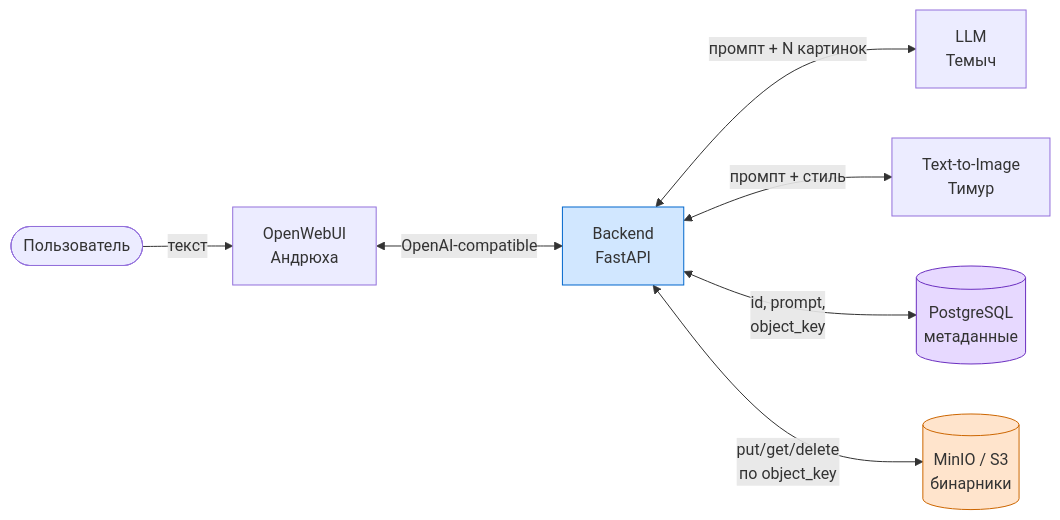
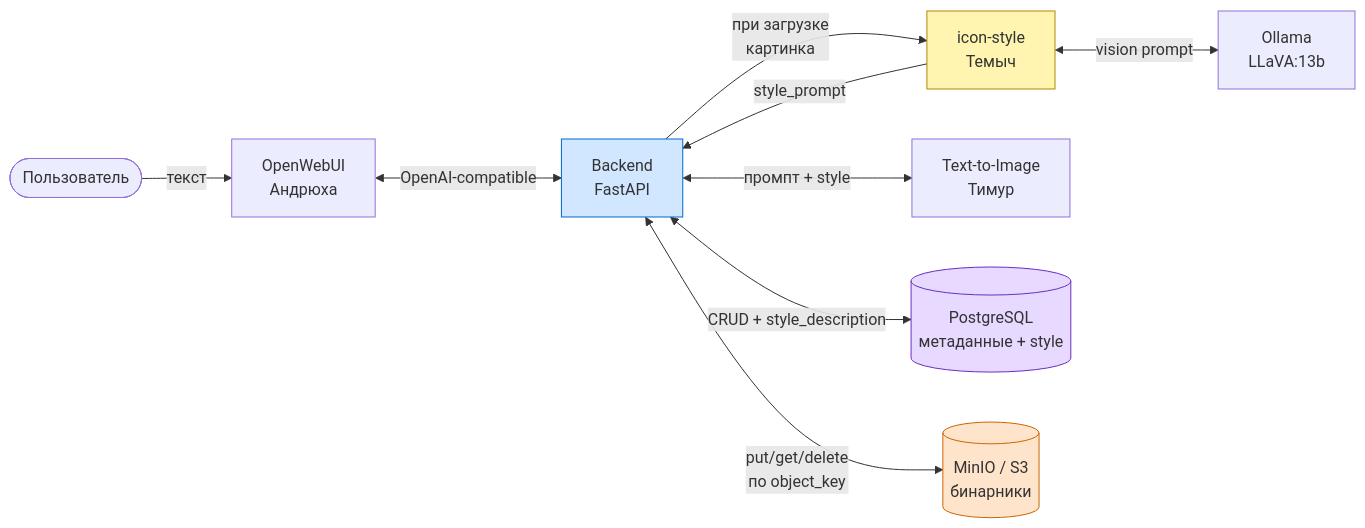
The first of 4 diagrams in README.md (esgon191/icon-gen), drawn with Mermaid before and after one commit. The commit also changed other lines of this file and 17 other files, not shown here.

````diff
--- a/README.md
+++ b/README.md
@@ -37,21 +65,25 @@
 ```mermaid
 flowchart LR
     User([Пользователь])
     OWU[OpenWebUI<br/>Андрюха]
     BE[Backend<br/>FastAPI]
-    LLM[LLM<br/>Темыч]
+    IS[icon-style<br/>Темыч]
+    OL[Ollama<br/>LLaVA:13b]
     T2I[Text-to-Image<br/>Тимур]
-    PG[(PostgreSQL<br/>метаданные)]
+    PG[(PostgreSQL<br/>метаданные + style)]
     S3[(MinIO / S3<br/>бинарники)]
 
     User -->|текст| OWU
     OWU <-->|OpenAI-compatible| BE
-    BE <-->|промпт + N картинок| LLM
-    BE <-->|промпт + стиль| T2I
-    BE <-->|id, prompt,<br/>object_key| PG
+    BE -->|при загрузке<br/>картинка| IS
+    IS <-->|vision prompt| OL
+    IS -->|style_prompt| BE
+    BE <-->|промпт + style| T2I
+    BE <-->|CRUD + style_description| PG
     BE <-->|put/get/delete<br/>по object_key| S3
 
     style BE fill:#d1e7ff,stroke:#0066cc
     style PG fill:#e7d9ff,stroke:#6b2fc0
     style S3 fill:#ffe4cc,stroke:#cc6600
+    style IS fill:#fff4b0,stroke:#b08800
 ```
````
